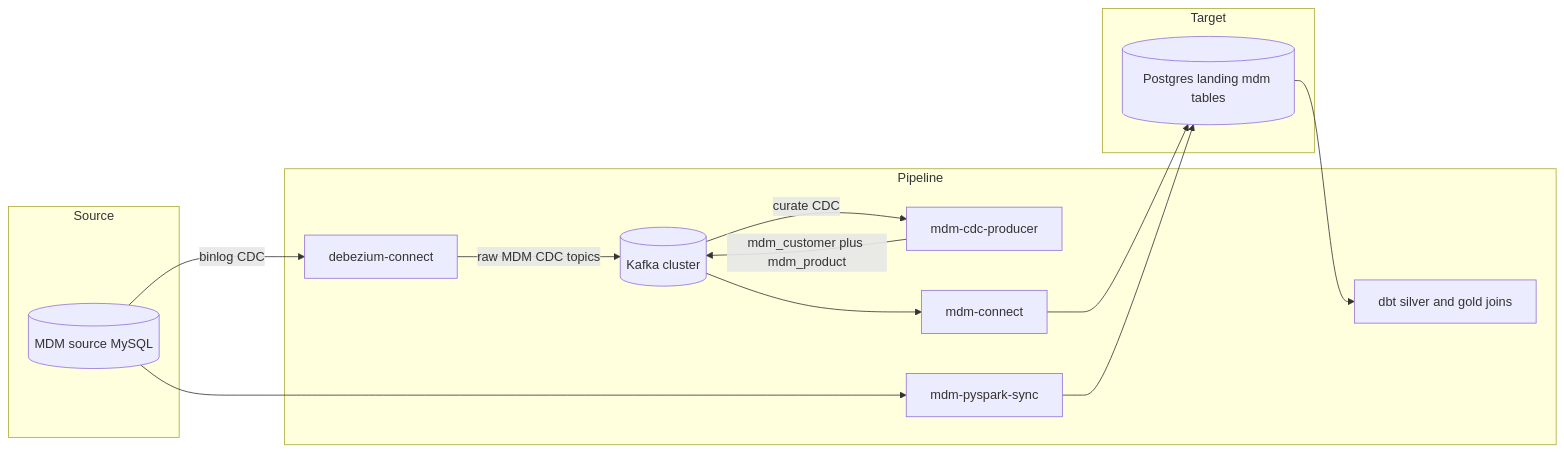
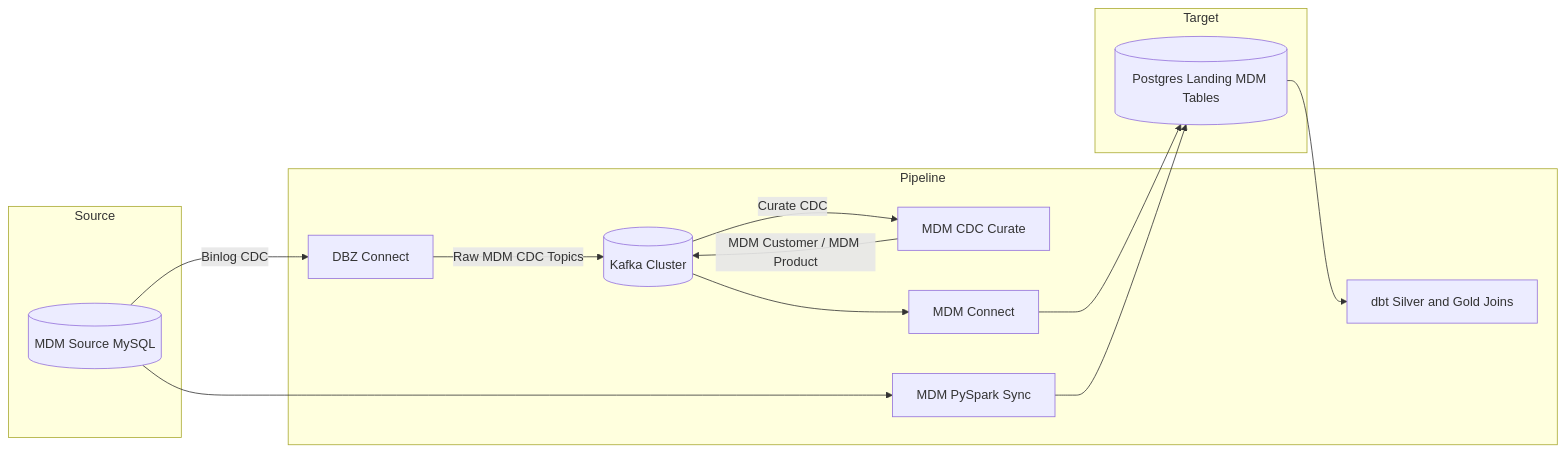
One commit to paulchen8206/Full-Stack-Modern-Data-Architecture-and-Engineering changed the fourth of 9 diagrams in docs/architecture.md. Above: the diagram before and after it, drawn with Mermaid. The commit also changed other lines of this file and 122 other files, not shown here.

````diff
--- a/docs/architecture.md
+++ b/docs/architecture.md
@@ -488,29 +488,29 @@
 ```mermaid
 flowchart LR
   subgraph S2[Source]
-    M[(MDM source MySQL)]
+    M[(MDM Source MySQL)]
   end
 
   subgraph P2[Pipeline]
-    DBZ[debezium-connect]
-    K[(Kafka cluster)]
-    MCP[mdm-cdc-producer]
-    MDMK[mdm-connect]
-    SP[mdm-pyspark-sync]
-    DBT[dbt silver and gold joins]
+    DBZ[DBZ Connect]
+    K[(Kafka Cluster)]
+    MCP[MDM CDC Curate]
+    MDMK[MDM Connect]
+    SP[MDM PySpark Sync]
+    DBT[dbt Silver and Gold Joins]
   end
 
   subgraph T2[Target]
-    PG[(Postgres landing mdm tables)]
+    PG[(Postgres Landing MDM Tables)]
   end
 
-  M -->|binlog CDC| DBZ
-  DBZ -->|raw MDM CDC topics| K
-  K -->|curate CDC| MCP
-  MCP -->|mdm_customer plus mdm_product| K
+  M -->|Binlog CDC| DBZ
+  DBZ -->|Raw MDM CDC Topics| K
+  K -->|Curate CDC| MCP
+  MCP -->|MDM Customer / MDM Product| K
   K --> MDMK
   MDMK --> PG
   M --> SP
   SP --> PG
   PG --> DBT
 ```
````
